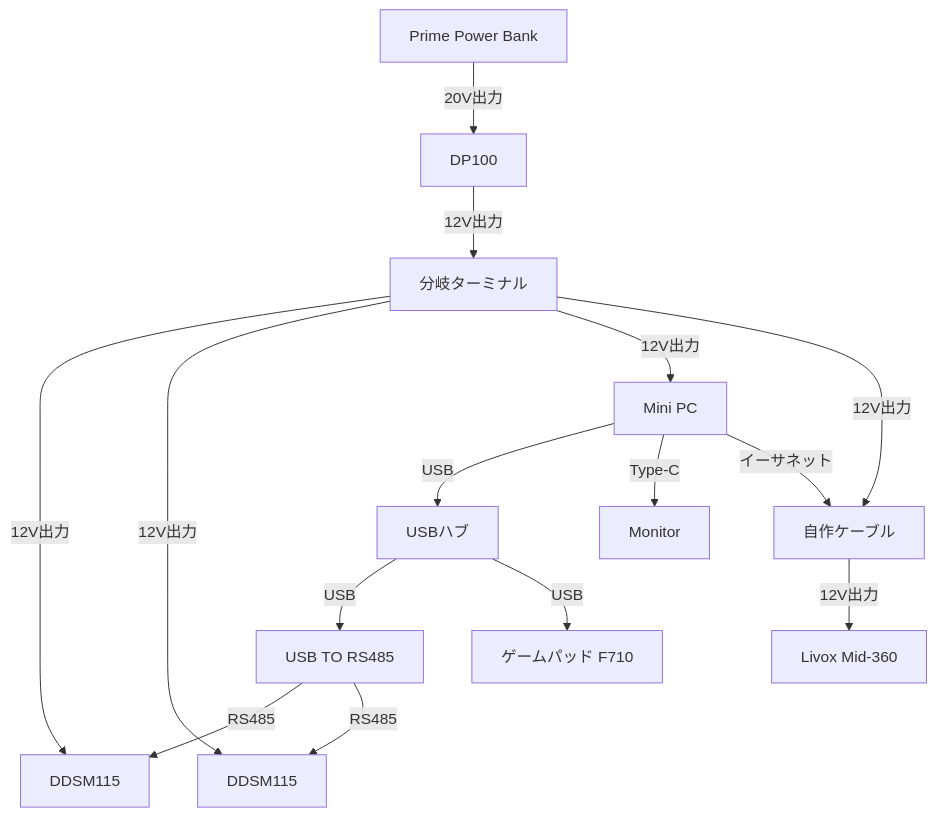
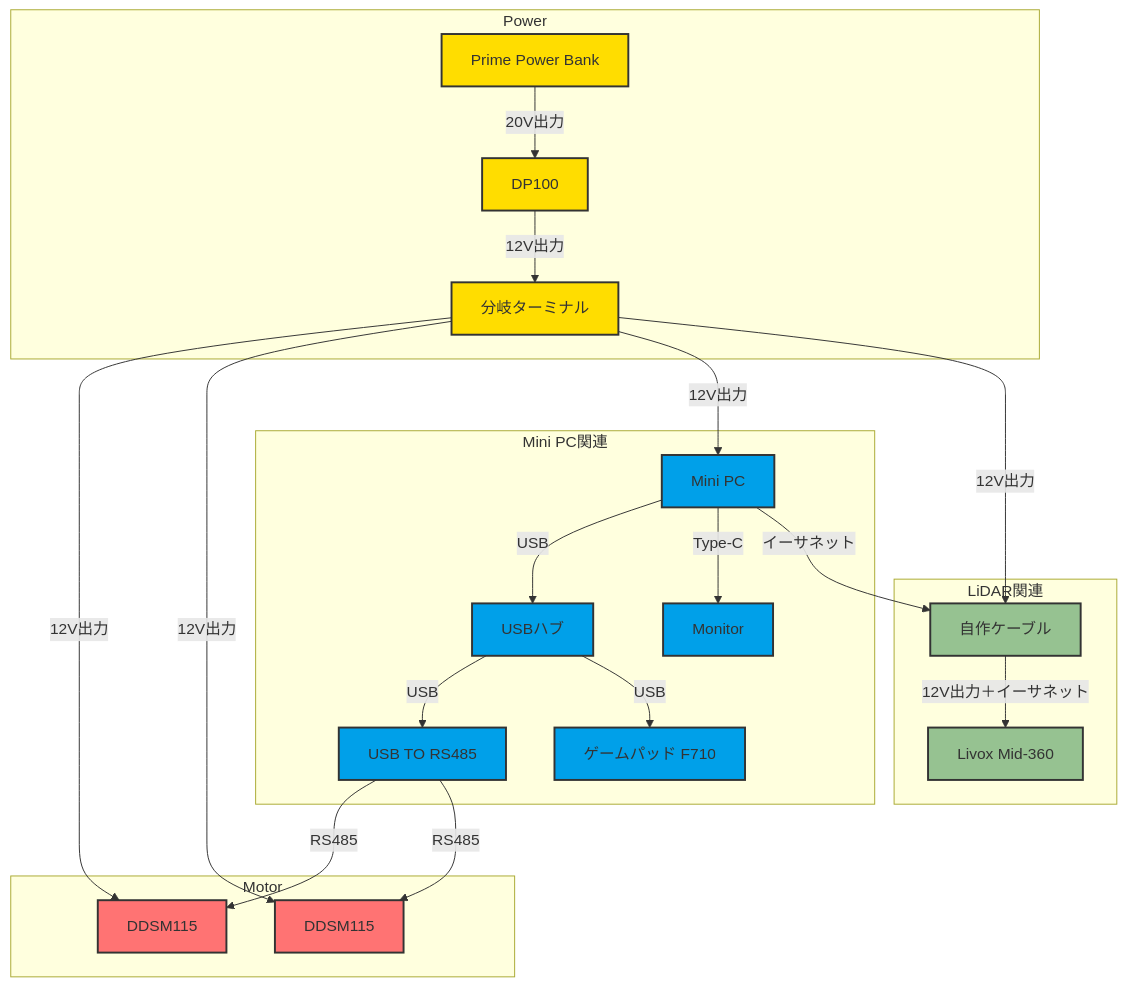
Before and after one commit to sato-susumu/susumu_robo: the diagram in README.md, drawn with Mermaid.

````diff
--- a/README.md
+++ b/README.md
@@ -38,22 +38,59 @@
 ```mermaid
-flowchart TD
+flowchart TB
     %% 電源供給ライン
-    A[Prime Power Bank] -->|20V出力| B[DP100]
-    B -->|12V出力| C[分岐ターミナル]
-    C -->|12V出力| D[DDSM115]
-    C -->|12V出力| E[DDSM115]
-    C -->|12V出力| F[Mini PC]
-    C -->|12V出力| J[自作ケーブル]
+    subgraph Power["Power"]
+        A[Prime Power Bank]
+        B[DP100]
+        C[分岐ターミナル]
+    end
+
+    subgraph Motor["Motor"]
+        D[DDSM115]
+        E[DDSM115]
+    end
+
+    subgraph MiniPC["Mini PC関連"]
+        F[Mini PC]
+        K[USBハブ]
+        H[USB TO RS485]
+        L[ゲームパッド F710]
+        I[Monitor]
+    end
+
+    subgraph LiDAR["LiDAR関連"]
+        G[Livox Mid-360]
+        J[自作ケーブル]
+    end
+
+    %% 電源供給ライン
+    A -->|20V出力| B
+    B -->|12V出力| C
+    C -->|12V出力| D
+    C -->|12V出力| E
+    C -->|12V出力| F
+    C -->|12V出力| J
 
     %% Mini PCとの接続
-    F -->|USB| K[USBハブ]
-    K -->|USB| H[USB TO RS485]
+    F -->|USB| K
+    K -->|USB| H
     H -->|RS485| D
     H -->|RS485| E
-    K -->|USB| L[ゲームパッド F710]
-    F -->|Type-C| I[Monitor]
-    F -->|イーサネット| J[自作ケーブル]
+    K -->|USB| L
+    F -->|Type-C| I
+    F -->|イーサネット| J
 
     %% 自作ケーブルライン
-    J -->|12V出力| G[Livox Mid-360]
+    J -->|12V出力＋イーサネット| G
+
+    %% クラス定義 (色分け)
+    classDef power fill:#FFDD00,stroke:#333,stroke-width:2px;     
+    classDef motor fill:#FF7373,stroke:#333,stroke-width:2px;     
+    classDef miniPC fill:#00A0E9,stroke:#333,stroke-width:2px;   
+    classDef lidar fill:#96C291,stroke:#333,stroke-width:2px;     
+
+    %% クラス適用
+    class A,B,C power;
+    class D,E motor;
+    class F,K,H,L,I miniPC;
+    class G,J lidar;
 ```
````
